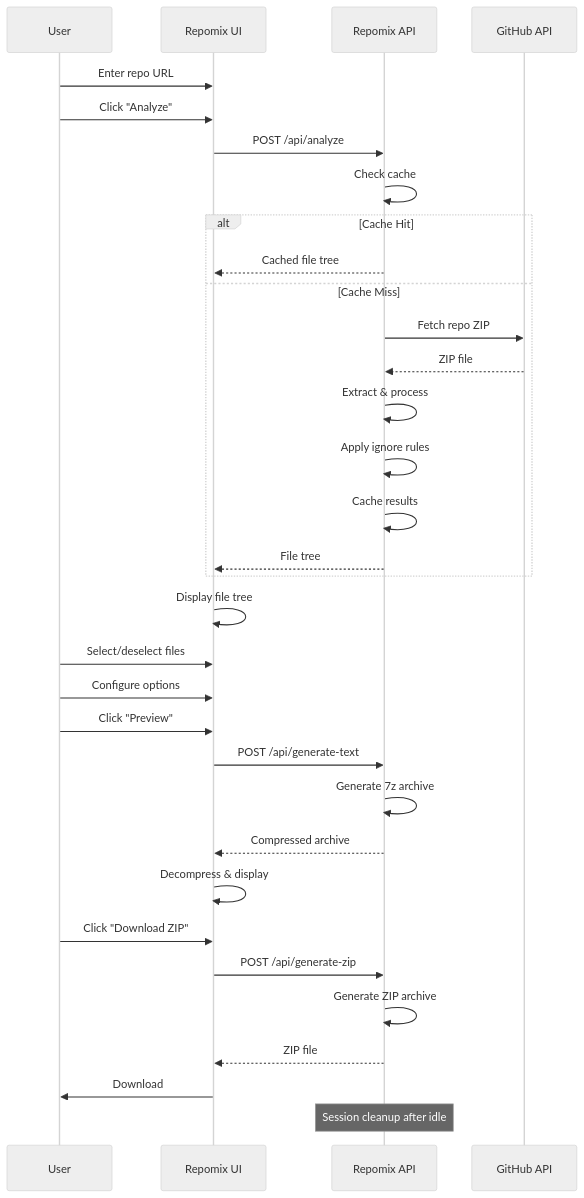
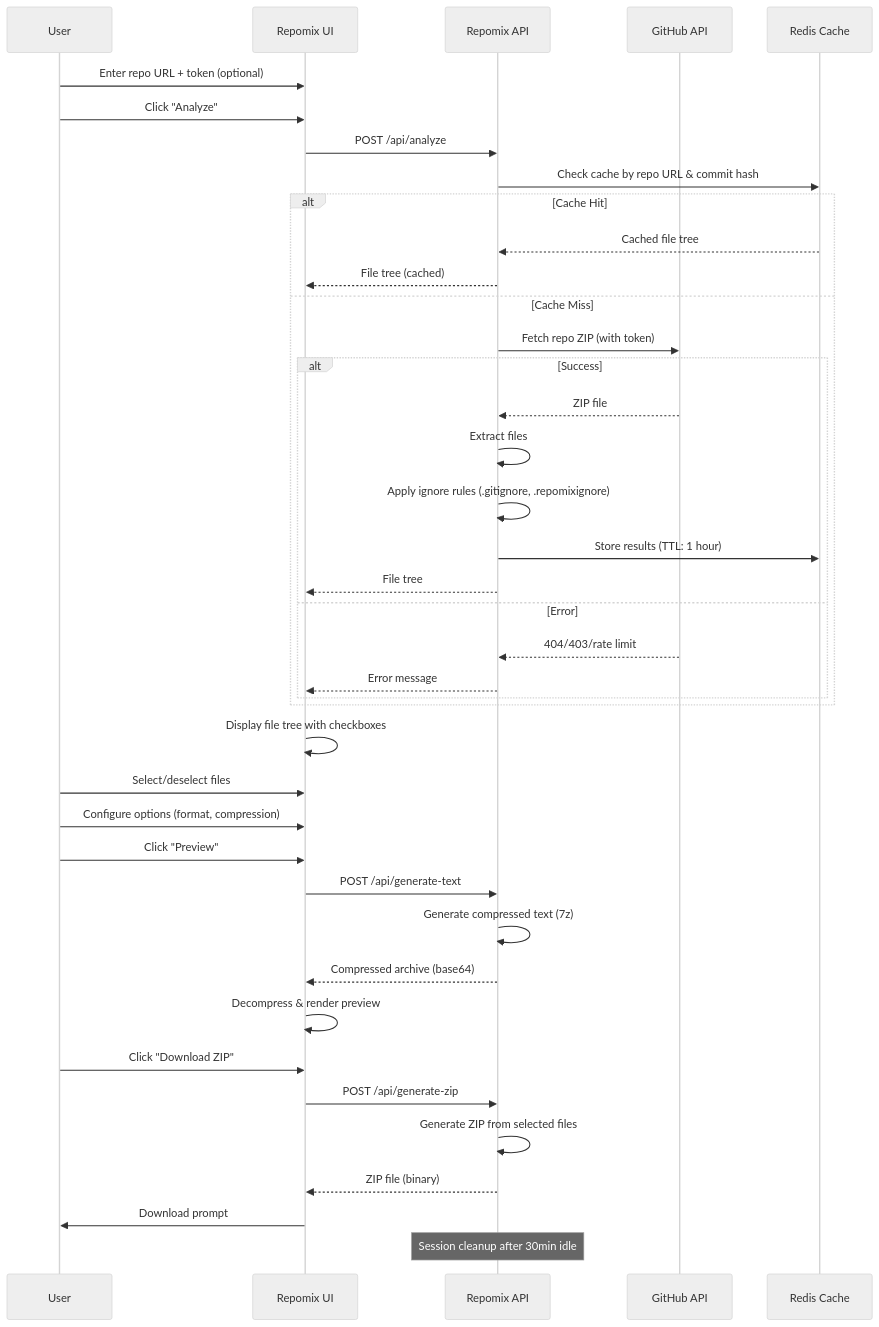
Before and after one commit to kushalkumarj2006/repomix: the second of 2 diagrams in README.md, drawn with Mermaid (neutral theme).

Commit message:
Update README with cache handling and token usage

````diff
--- a/README.md
+++ b/README.md
@@ -131,39 +131,52 @@
 ```mermaid
 sequenceDiagram
     participant User
     participant UI as Repomix UI
     participant API as Repomix API
     participant GitHub as GitHub API
+    participant Cache as Redis Cache
 
-    User->>UI: Enter repo URL
+    User->>UI: Enter repo URL + token (optional)
     User->>UI: Click "Analyze"
     UI->>API: POST /api/analyze
-    API->>API: Check cache
+    
+    API->>Cache: Check cache by repo URL & commit hash
+    
     alt Cache Hit
-        API-->>UI: Cached file tree
+        Cache-->>API: Cached file tree
+        API-->>UI: File tree (cached)
     else Cache Miss
-        API->>GitHub: Fetch repo ZIP
-        GitHub-->>API: ZIP file
-        API->>API: Extract & process
-        API->>API: Apply ignore rules
-        API->>API: Cache results
-        API-->>UI: File tree
+        API->>GitHub: Fetch repo ZIP (with token)
+        
+        alt Success
+            GitHub-->>API: ZIP file
+            API->>API: Extract files
+            API->>API: Apply ignore rules (.gitignore, .repomixignore)
+            API->>Cache: Store results (TTL: 1 hour)
+            API-->>UI: File tree
+        else Error
+            GitHub-->>API: 404/403/rate limit
+            API-->>UI: Error message
+        end
     end
-    UI->>UI: Display file tree
-
+    
+    UI->>UI: Display file tree with checkboxes
+    
     User->>UI: Select/deselect files
-    User->>UI: Configure options
+    User->>UI: Configure options (format, compression)
     User->>UI: Click "Preview"
     UI->>API: POST /api/generate-text
-    API->>API: Generate 7z archive
-    API-->>UI: Compressed archive
-    UI->>UI: Decompress & display
-
+    
+    API->>API: Generate compressed text (7z)
+    API-->>UI: Compressed archive (base64)
+    UI->>UI: Decompress & render preview
+    
     User->>UI: Click "Download ZIP"
     UI->>API: POST /api/generate-zip
-    API->>API: Generate ZIP archive
-    API-->>UI: ZIP file
-    UI->>User: Download
-
-    Note over API: Session cleanup after idle
+    
+    API->>API: Generate ZIP from selected files
+    API-->>UI: ZIP file (binary)
+    UI->>User: Download prompt
+    
+    Note over API: Session cleanup after 30min idle
 ```
````
